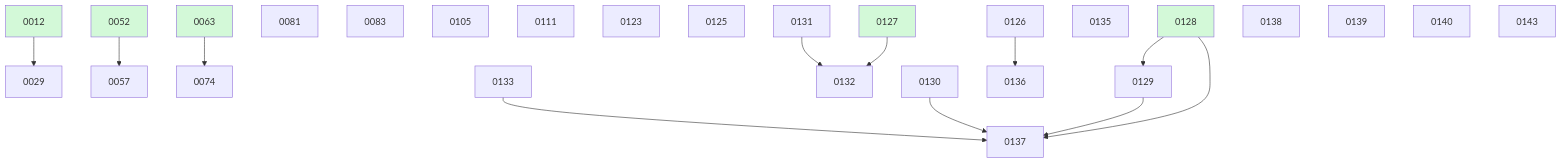
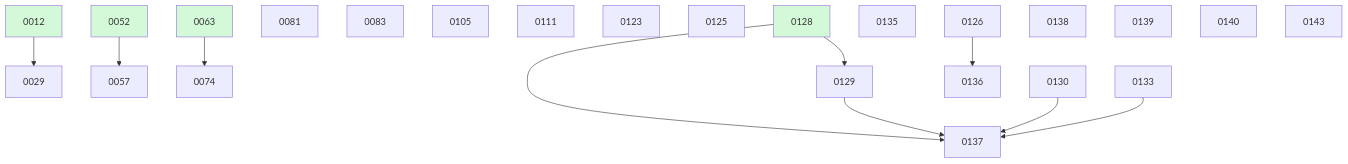
The diagram in docs/changes/BOARD.md (ethanhinson/fuse), drawn with Mermaid before and after one commit. The commit also changed other lines of this file and 2 other files, not shown here.

````diff
--- a/docs/changes/BOARD.md
+++ b/docs/changes/BOARD.md
@@ -44,32 +43,29 @@
 ```mermaid
 graph TD
   0012 --> 0029
   0052 --> 0057
   0063 --> 0074
   0081
   0083
   0105
   0111
   0123
   0125
   0128 --> 0129
-  0127 --> 0132
-  0131 --> 0132
   0133
   0135
   0126 --> 0136
   0128 --> 0137
   0129 --> 0137
   0130 --> 0137
   0133 --> 0137
   0138
   0139
   0140
   0143
   0012:::done
   0052:::done
   0063:::done
-  0127:::done
   0128:::done
   classDef done fill:#d3f9d8;
 ```
````
